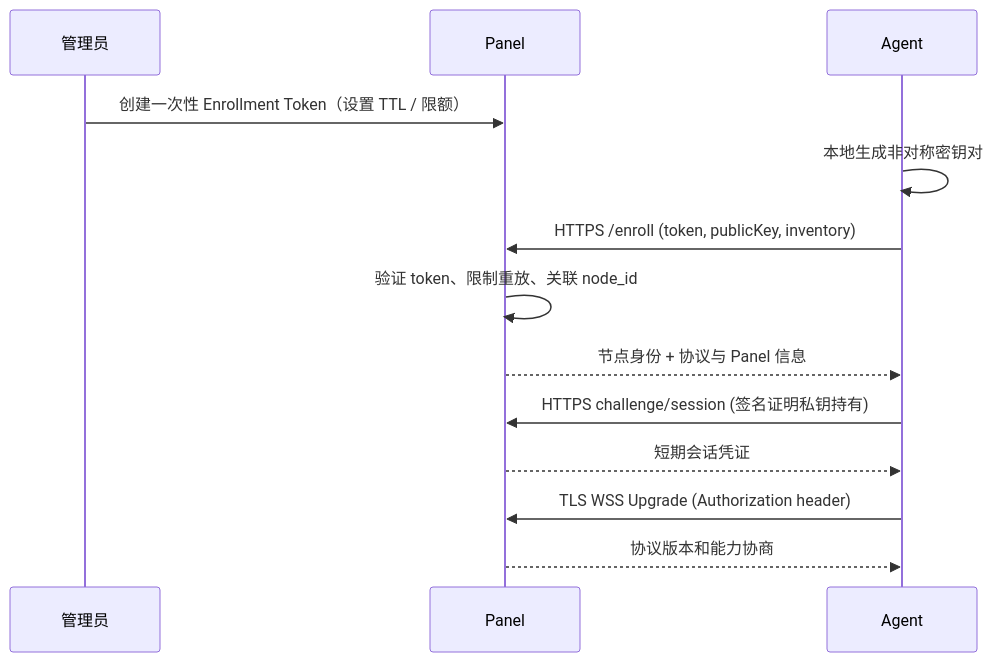
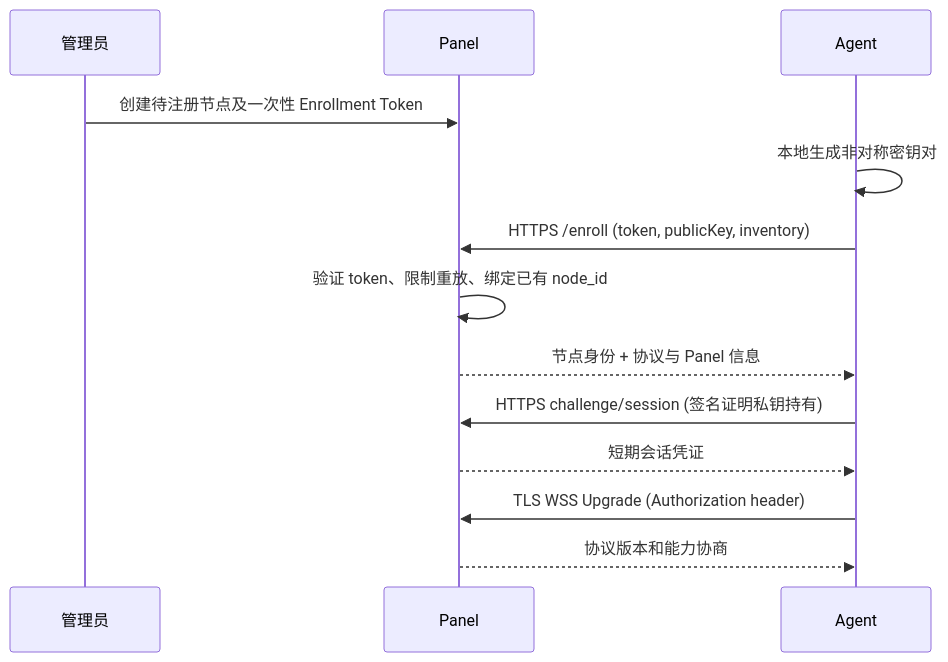
Before and after one commit to vioira/viorka: the second of 3 diagrams in docs/ARCHITECTURE.md, drawn with Mermaid. The commit also changed 43 other files, not shown here.

````diff
--- a/docs/ARCHITECTURE.md
+++ b/docs/ARCHITECTURE.md
@@ -97,15 +97,15 @@
 ```mermaid
 sequenceDiagram
   participant Admin as 管理员
   participant Panel as Panel
   participant Agent as Agent
-  Admin->>Panel: 创建一次性 Enrollment Token（设置 TTL / 限额）
+  Admin->>Panel: 创建待注册节点及一次性 Enrollment Token
   Agent->>Agent: 本地生成非对称密钥对
   Agent->>Panel: HTTPS /enroll (token, publicKey, inventory)
-  Panel->>Panel: 验证 token、限制重放、关联 node_id
+  Panel->>Panel: 验证 token、限制重放、绑定已有 node_id
   Panel-->>Agent: 节点身份 + 协议与 Panel 信息
   Agent->>Panel: HTTPS challenge/session (签名证明私钥持有)
   Panel-->>Agent: 短期会话凭证
   Agent->>Panel: TLS WSS Upgrade (Authorization header)
   Panel-->>Agent: 协议版本和能力协商
 ```
````
